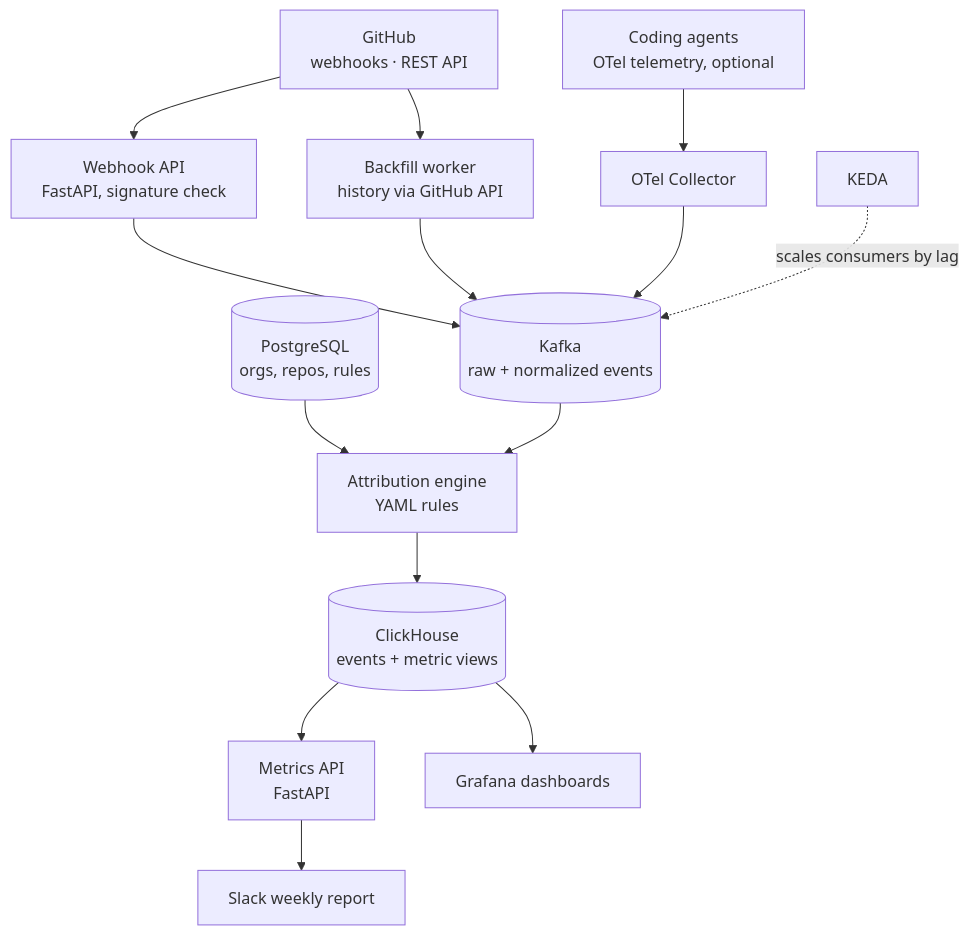
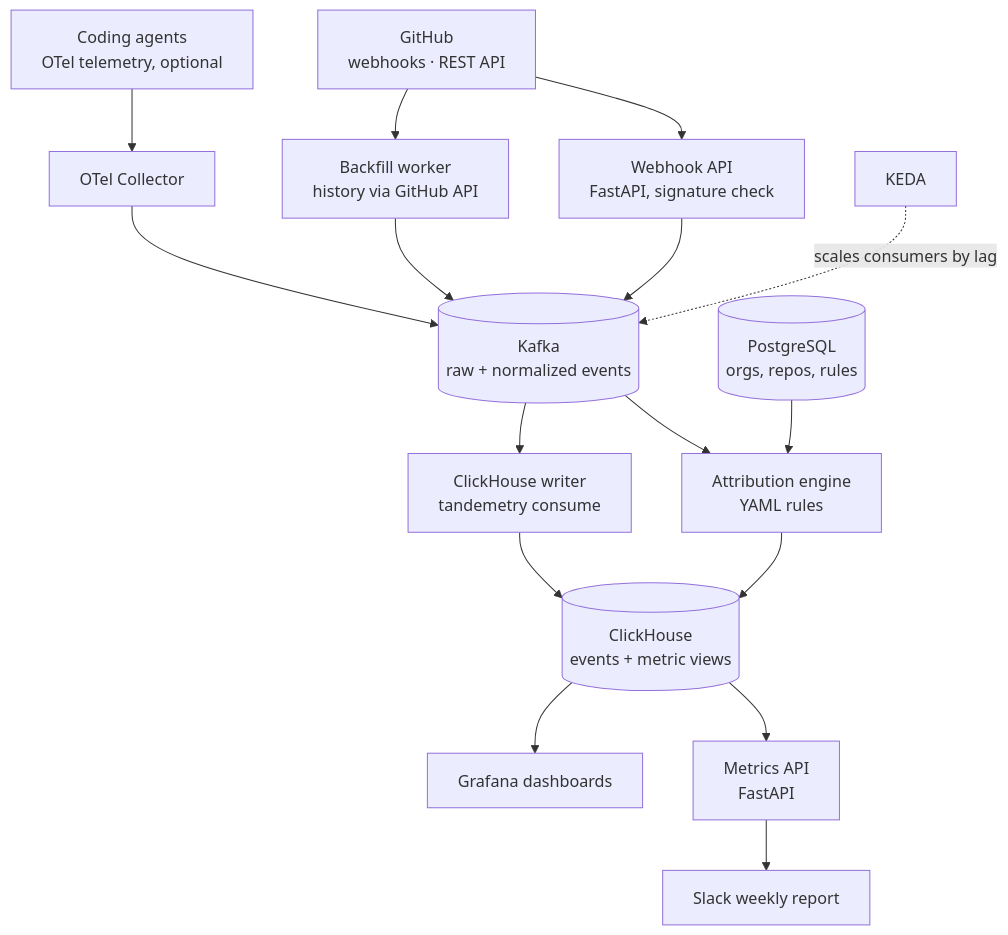
One commit to tandemetry/tandemetry changed the diagram in docs/architecture.md. Above: the diagram before and after it, drawn with Mermaid. The commit also changed other lines of this file and 2 other files, not shown here.

````diff
--- a/docs/architecture.md
+++ b/docs/architecture.md
@@ -6,16 +10,18 @@
 ```mermaid
 flowchart TB
   GH[GitHub<br/>webhooks · REST API] --> WH[Webhook API<br/>FastAPI, signature check]
   GH --> BF[Backfill worker<br/>history via GitHub API]
   AG[Coding agents<br/>OTel telemetry, optional] --> OC[OTel Collector]
   WH --> K[(Kafka<br/>raw + normalized events)]
   BF --> K
   OC --> K
   PG[(PostgreSQL<br/>orgs, repos, rules)] --> AT[Attribution engine<br/>YAML rules]
   K --> AT
-  AT --> CH[(ClickHouse<br/>events + metric views)]
+  K --> CW[ClickHouse writer<br/>tandemetry consume]
+  CW --> CH[(ClickHouse<br/>events + metric views)]
+  AT --> CH
   CH --> API[Metrics API<br/>FastAPI]
   CH --> GF[Grafana dashboards]
   API --> SL[Slack weekly report]
   KEDA[KEDA] -. scales consumers by lag .-> K
 ```
````
